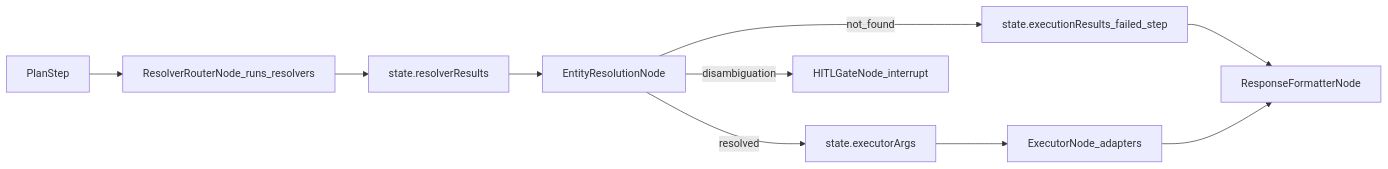
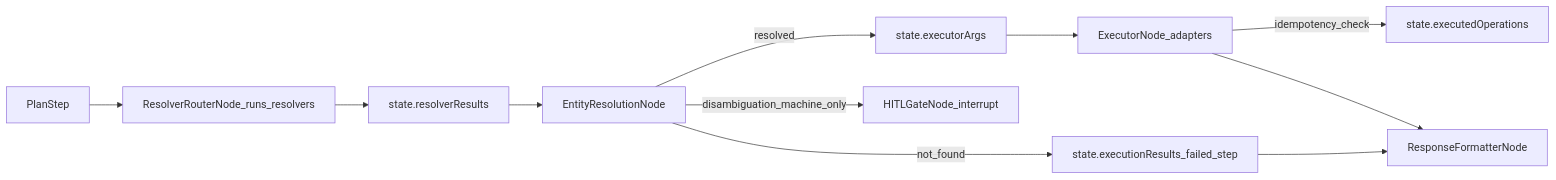
Before and after one commit to shonhazan123/whatsapp_ai_assistant-: the fourth of 5 diagrams in Memo_v2/docs/SYSTEM_DIAGRAM.md, drawn with Mermaid. The commit also changed other lines of this file and 19 other files, not shown here.

````diff
--- a/Memo_v2/docs/SYSTEM_DIAGRAM.md
+++ b/Memo_v2/docs/SYSTEM_DIAGRAM.md
@@ -77,14 +100,15 @@
 ```mermaid
 flowchart LR
     plan[PlanStep] --> resolver[ResolverRouterNode_runs_resolvers]
     resolver --> resolverResults[state.resolverResults]
 
     resolverResults --> entityRes[EntityResolutionNode]
     entityRes -->|resolved| executorArgs[state.executorArgs]
-    entityRes -->|disambiguation| hitl[HITLGateNode_interrupt]
+    entityRes -->|disambiguation_machine_only| hitl[HITLGateNode_interrupt]
     entityRes -->|not_found| executionResultsFailed[state.executionResults_failed_step]
 
     executorArgs --> executor[ExecutorNode_adapters]
+    executor -->|idempotency_check| ledger[state.executedOperations]
     executionResultsFailed --> responseFormatter[ResponseFormatterNode]
     executor --> responseFormatter
 ```
````
